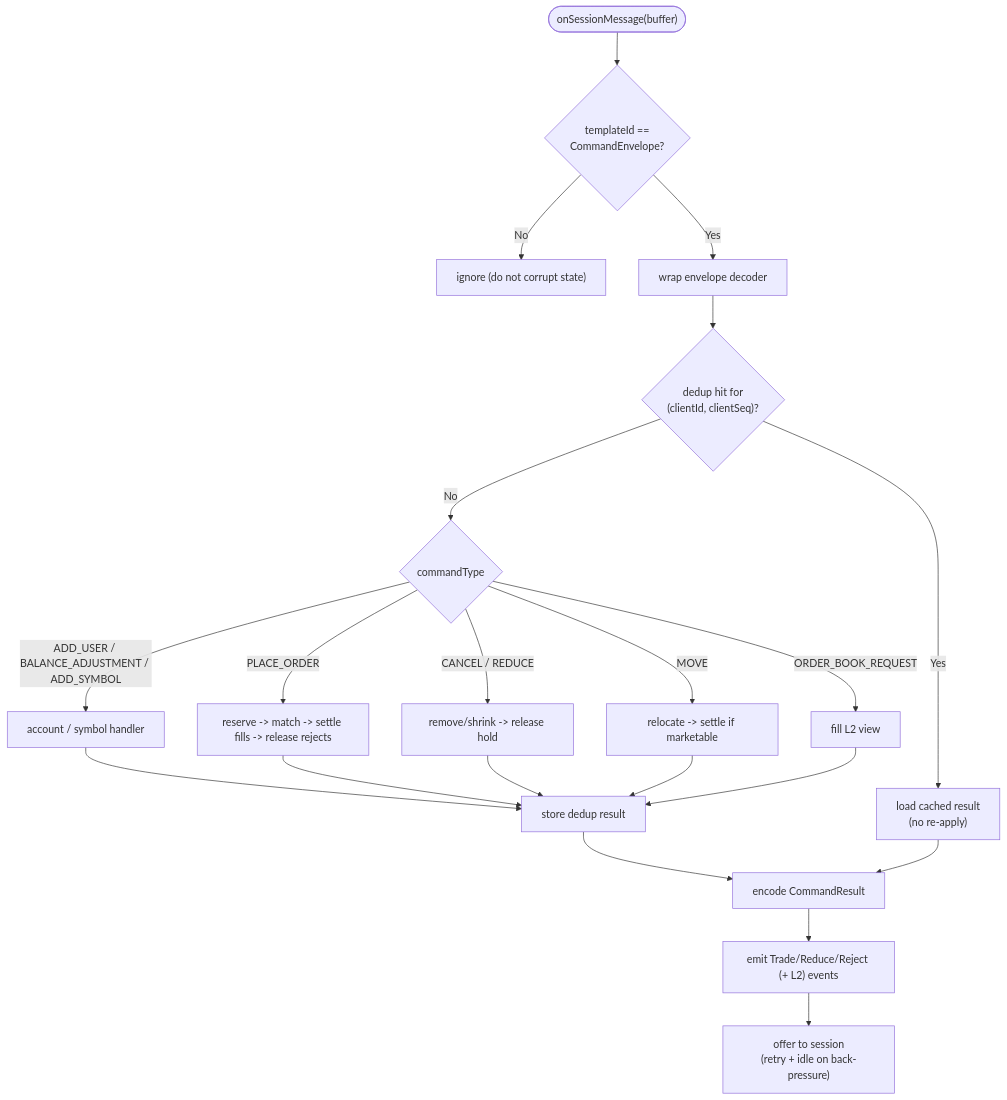
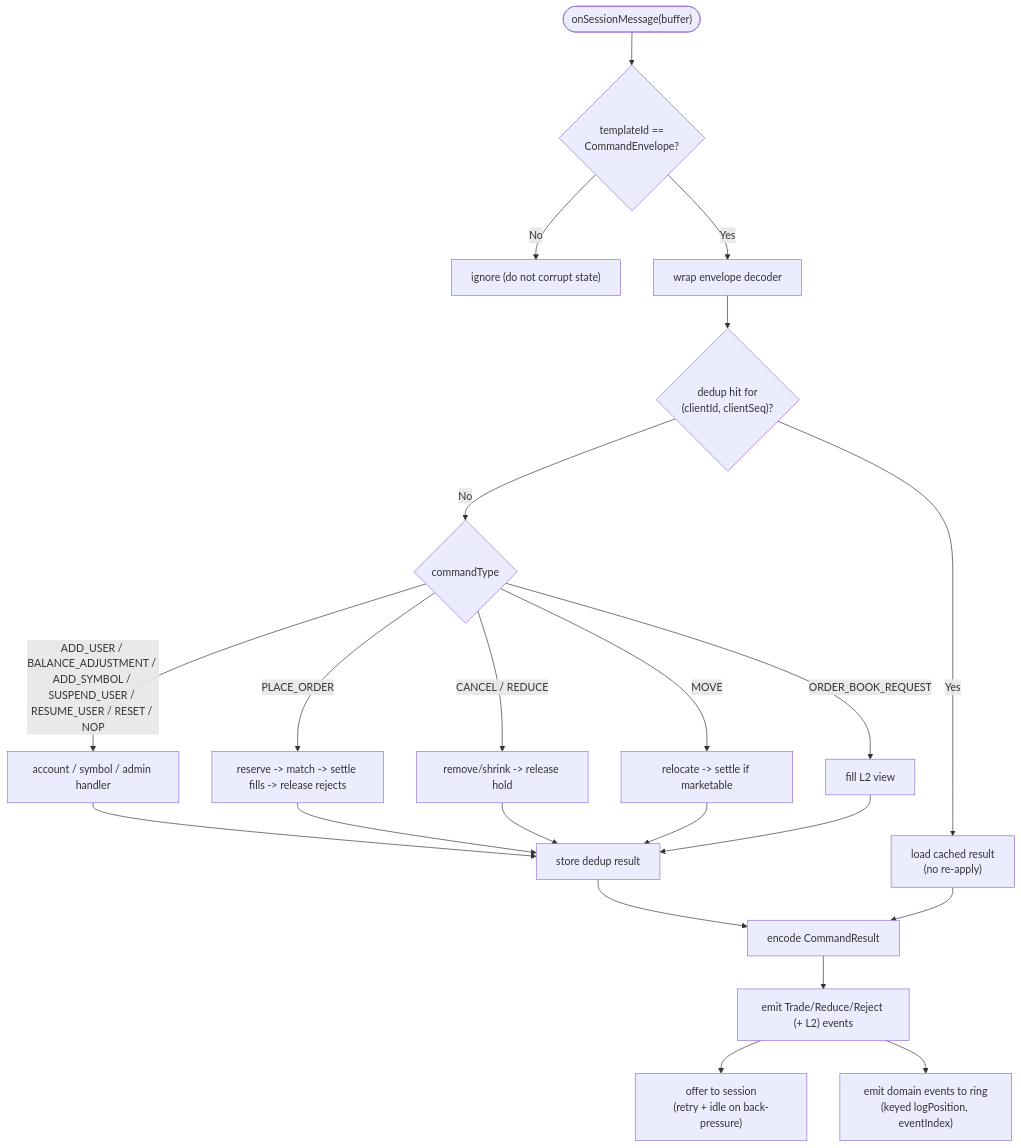
The seventh of 7 diagrams in docs/ARCHITECTURE.md (brianpht/excoredum), drawn with Mermaid before and after one commit. The commit also changed other lines of this file and 1 other file, not shown here.

Commit message:
docs: Update architecture and readme for fees, user status, and event journal

````diff
--- a/docs/ARCHITECTURE.md
+++ b/docs/ARCHITECTURE.md
@@ -482,23 +557,24 @@
 ```mermaid
 flowchart TD
     IN(["onSessionMessage(buffer)"]) --> HDR{"templateId ==\nCommandEnvelope?"}
     HDR -- No --> IGN["ignore (do not corrupt state)"]
     HDR -- Yes --> WRAP["wrap envelope decoder"]
     WRAP --> DEDUP{"dedup hit for\n(clientId, clientSeq)?"}
     DEDUP -- Yes --> CACHED["load cached result\n(no re-apply)"]
     DEDUP -- No --> DISPATCH{"commandType"}
-    DISPATCH -->|" ADD_USER / BALANCE_ADJUSTMENT / ADD_SYMBOL "| ACCT["account / symbol handler"]
+    DISPATCH -->|" ADD_USER / BALANCE_ADJUSTMENT / ADD_SYMBOL / SUSPEND_USER / RESUME_USER / RESET / NOP "| ACCT["account / symbol / admin handler"]
     DISPATCH -->|" PLACE_ORDER "| PLACE["reserve -> match -> settle fills -> release rejects"]
     DISPATCH -->|" CANCEL / REDUCE "| CANCEL["remove/shrink -> release hold"]
     DISPATCH -->|" MOVE "| MOVE["relocate -> settle if marketable"]
     DISPATCH -->|" ORDER_BOOK_REQUEST "| L2["fill L2 view"]
     ACCT --> STORE["store dedup result"]
     PLACE --> STORE
     CANCEL --> STORE
     MOVE --> STORE
     L2 --> STORE
     STORE --> SEND["encode CommandResult"]
     CACHED --> SEND
     SEND --> EVENTS["emit Trade/Reduce/Reject (+ L2) events"]
     EVENTS --> EGRESS["offer to session\n(retry + idle on back-pressure)"]
+    EVENTS --> JOURNAL["emit domain events to ring\n(keyed logPosition, eventIndex)"]
 ```
````
